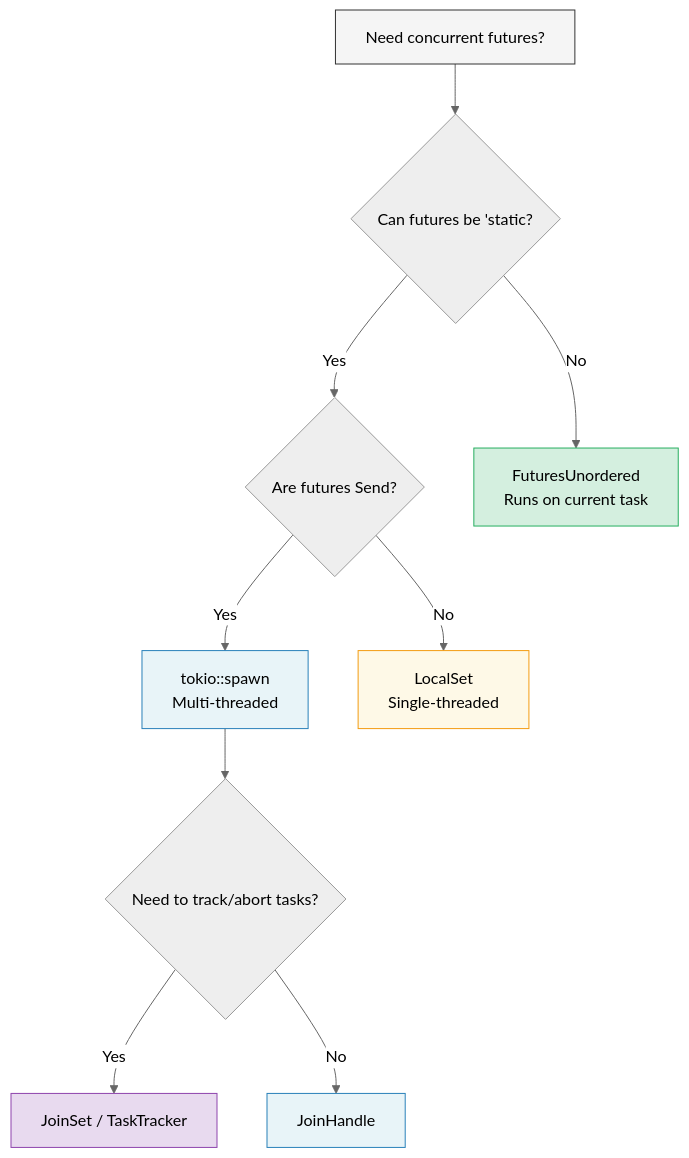
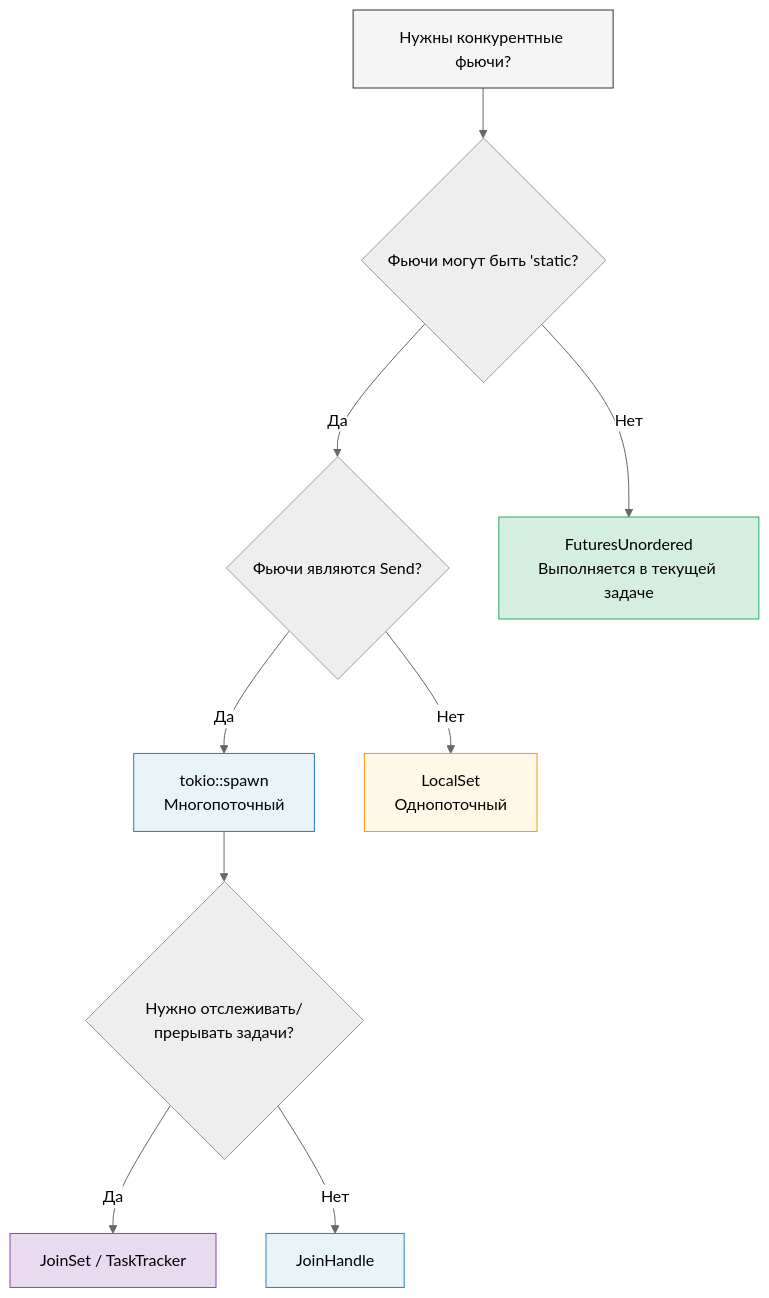
One commit to r007/RustTraining-Rus changed the diagram in async-book/src/ch09-when-tokio-isnt-the-right-fit.md. Above: the diagram before and after it, drawn with Mermaid (neutral theme). The commit also changed other lines of this file and 10 other files, not shown here.

````diff
--- a/async-book/src/ch09-when-tokio-isnt-the-right-fit.md
+++ b/async-book/src/ch09-when-tokio-isnt-the-right-fit.md
@@ -10,18 +10,18 @@
 ```mermaid
 graph TD
-    START["Need concurrent futures?"] --> STATIC{"Can futures be 'static?"}
-    STATIC -->|Yes| SEND{"Are futures Send?"}
-    STATIC -->|No| FU["FuturesUnordered<br/>Runs on current task"]
-    SEND -->|Yes| SPAWN["tokio::spawn<br/>Multi-threaded"]
-    SEND -->|No| LOCAL["LocalSet<br/>Single-threaded"]
-    SPAWN --> MANAGE{"Need to track/abort tasks?"}
-    MANAGE -->|Yes| JOINSET["JoinSet / TaskTracker"]
-    MANAGE -->|No| HANDLE["JoinHandle"]
+    START["Нужны конкурентные фьючи?"] --> STATIC{"Фьючи могут быть 'static?"}
+    STATIC -->|Да| SEND{"Фьючи являются Send?"}
+    STATIC -->|Нет| FU["FuturesUnordered<br/>Выполняется в текущей задаче"]
+    SEND -->|Да| SPAWN["tokio::spawn<br/>Многопоточный"]
+    SEND -->|Нет| LOCAL["LocalSet<br/>Однопоточный"]
+    SPAWN --> MANAGE{"Нужно отслеживать/прерывать задачи?"}
+    MANAGE -->|Да| JOINSET["JoinSet / TaskTracker"]
+    MANAGE -->|Нет| HANDLE["JoinHandle"]
 
     style START fill:#f5f5f5,stroke:#333,color:#000
     style FU fill:#d4efdf,stroke:#27ae60,color:#000
     style SPAWN fill:#e8f4f8,stroke:#2980b9,color:#000
     style LOCAL fill:#fef9e7,stroke:#f39c12,color:#000
     style JOINSET fill:#e8daef,stroke:#8e44ad,color:#000
     style HANDLE fill:#e8f4f8,stroke:#2980b9,color:#000
 ```
````
